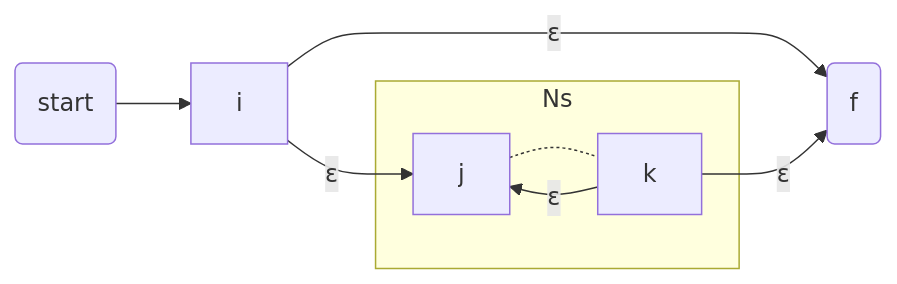
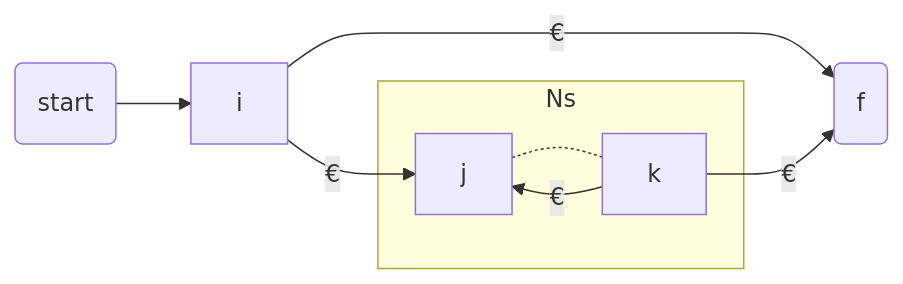
One commit to xp44mm/Notebook changed the eighth of 16 diagrams in Compilers/Chapter 3 Lexical Analysis.md. Above: the diagram before and after it, drawn with Mermaid. The commit also changed other lines of this file and 4 other files, not shown here.

````diff
--- a/Compilers/Chapter 3 Lexical Analysis.md
+++ b/Compilers/Chapter 3 Lexical Analysis.md
@@ -846,12 +846,12 @@
    ```mermaid
    graph LR
    f(f)
    0(start) -->i
-   i--ε-->j
-   i--ε-->f
+   i--€-->j
+   i--€-->f
    subgraph Ns
    j-.-k
-   k--ε-->j
+   k--€-->j
    end
-   k--ε-->f
+   k--€-->f
    ```
````
